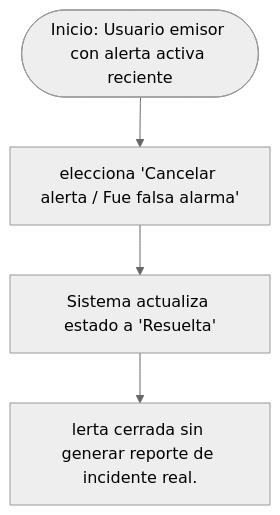
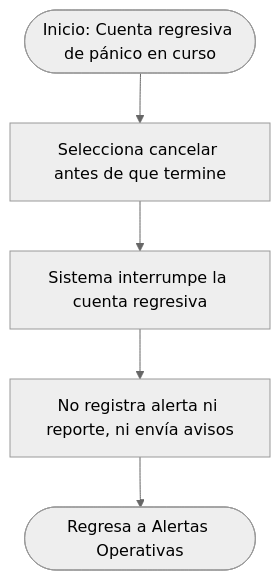
The ninth of 11 diagrams in docs/09-product-design.md (LosIncreiblesCorp/losIncreibles-project-report), drawn with Mermaid (neutral theme) before and after one commit. The commit also changed other lines of this file and 4 other files, not shown here.

Commit message:
docs(report): update US17 and C4 architecture diagrams

````diff
--- a/docs/09-product-design.md
+++ b/docs/09-product-design.md
@@ -771,6 +771,7 @@
 ```mermaid
 flowchart TD
-    A([Inicio: Usuario emisor con alerta activa reciente]) --> B["elecciona 'Cancelar alerta / Fue falsa alarma'"]
-    B --> C["Sistema actualiza estado a 'Resuelta'"]
-    C --> D["lerta cerrada sin generar reporte de incidente real."]
+    A([Inicio: Cuenta regresiva de pánico en curso]) --> B["Selecciona cancelar antes de que termine"]
+    B --> C["Sistema interrumpe la cuenta regresiva"]
+    C --> D["No registra alerta ni reporte, ni envía avisos"]
+    D --> E([Regresa a Alertas Operativas])
 ```
````
